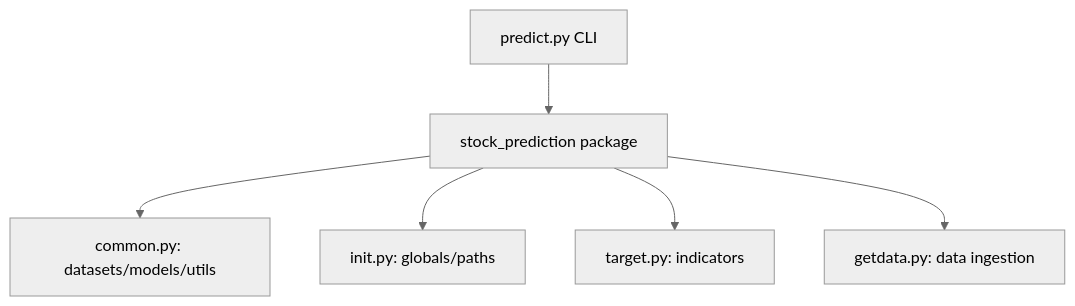
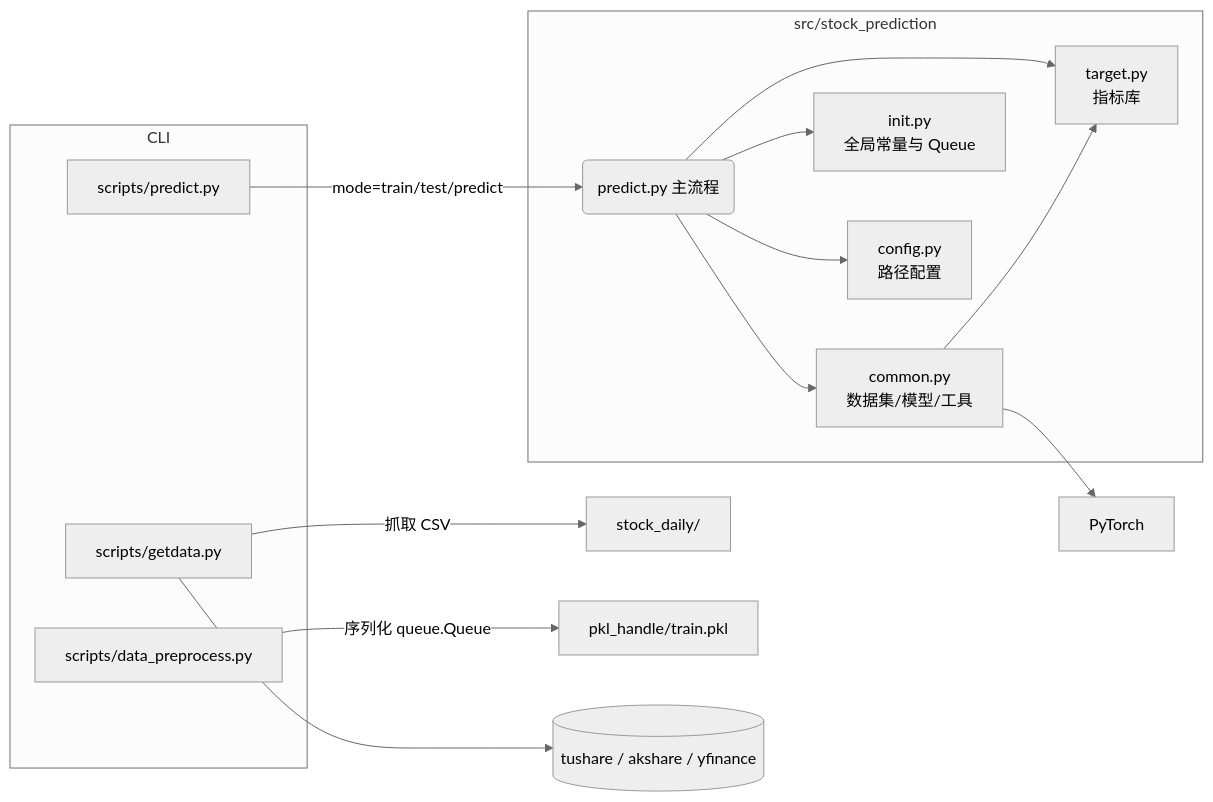
One commit to KittenCN/stock_prediction changed the diagram in docs/architecture.md. Above: the diagram before and after it, drawn with Mermaid (neutral theme). The commit also changed other lines of this file and 7 other files, not shown here.

````diff
--- a/docs/architecture.md
+++ b/docs/architecture.md
@@ -3,8 +5,23 @@
 ```mermaid
-flowchart TD
-    A[predict.py CLI] --> B[stock_prediction package]
-    B --> C[common.py: datasets/models/utils]
-    B --> D[init.py: globals/paths]
-    B --> E[target.py: indicators]
-    B --> F[getdata.py: data ingestion]
+flowchart LR
+    subgraph CLI
+        S1[scripts/getdata.py]
+        S2[scripts/data_preprocess.py]
+        S3[scripts/predict.py]
+    end
+
+    S1 -->|抓取 CSV| Daily[stock_daily/]
+    S2 -->|序列化 queue.Queue| PKL[pkl_handle/train.pkl]
+    S3 -->|mode=train/test/predict| Core(predict.py 主流程)
+
+    subgraph Package[src/stock_prediction]
+        Core --> Common[common.py\n数据集/模型/工具]
+        Core --> Target[target.py\n指标库]
+        Core --> Init[init.py\n全局常量与 Queue]
+        Core --> Config[config.py\n路径配置]
+        Common --> Target
+    end
+
+    Common --> Torch[PyTorch]
+    S1 --> ExternalAPI[(tushare / akshare / yfinance)]
 ```
````
